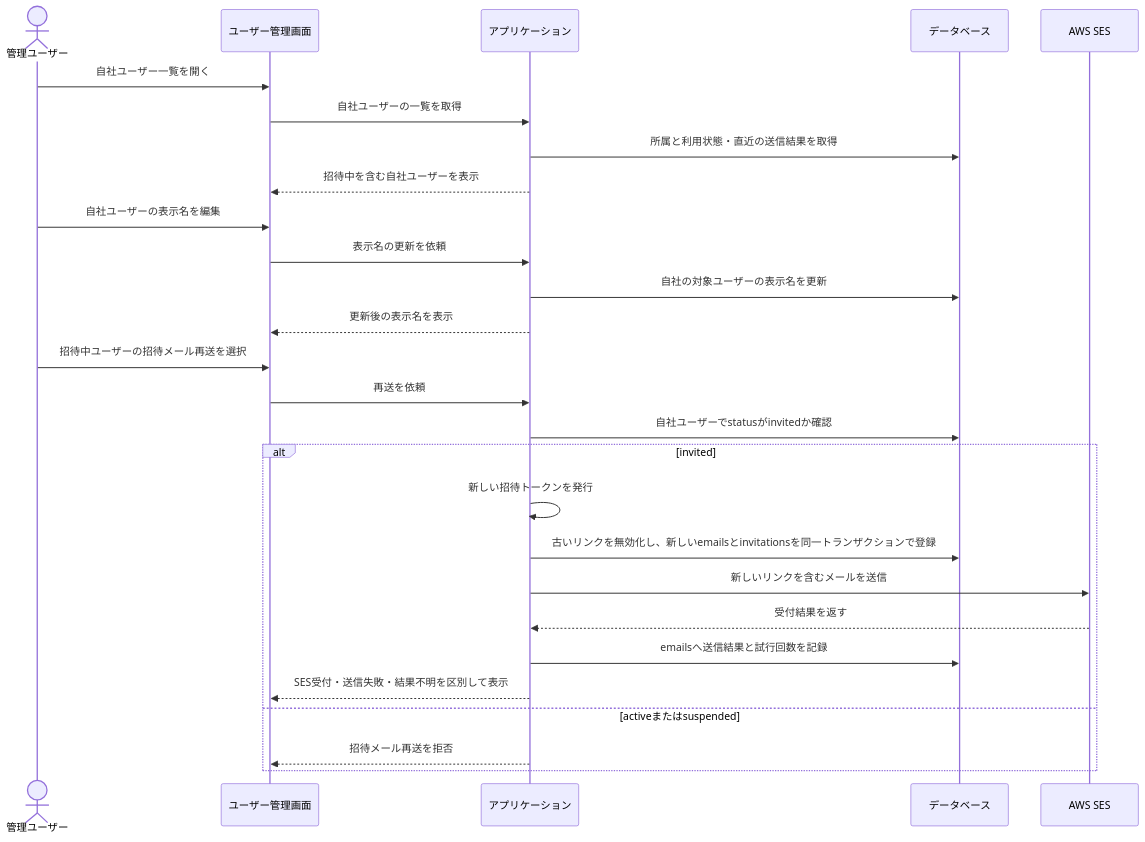
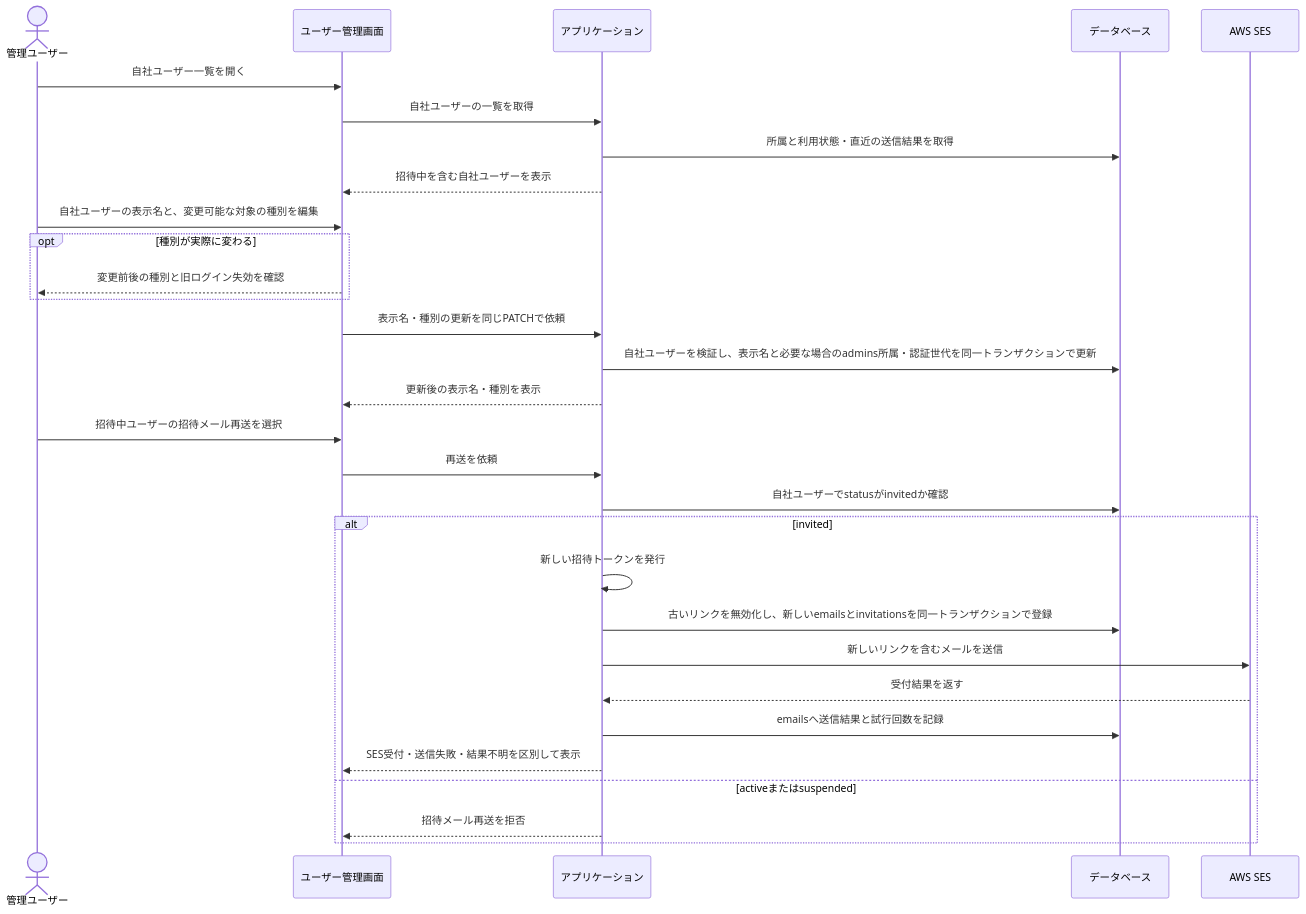
One commit to nishimura-yuma77/hiromeru changed the seventh of 8 diagrams in docs/v.0.1/USECASE.md. Above: the diagram before and after it, drawn with Mermaid. The commit also changed other lines of this file and 6 other files, not shown here.

````diff
--- a/docs/v.0.1/USECASE.md
+++ b/docs/v.0.1/USECASE.md
@@ -491,30 +491,33 @@
 ```mermaid
 sequenceDiagram
     actor Admin as 管理ユーザー
     participant UI as ユーザー管理画面
     participant App as アプリケーション
     participant DB as データベース
     participant SES as AWS SES
 
     Admin->>UI: 自社ユーザー一覧を開く
     UI->>App: 自社ユーザーの一覧を取得
     App->>DB: 所属と利用状態・直近の送信結果を取得
     App-->>UI: 招待中を含む自社ユーザーを表示
-    Admin->>UI: 自社ユーザーの表示名を編集
-    UI->>App: 表示名の更新を依頼
-    App->>DB: 自社の対象ユーザーの表示名を更新
-    App-->>UI: 更新後の表示名を表示
+    Admin->>UI: 自社ユーザーの表示名と、変更可能な対象の種別を編集
+    opt 種別が実際に変わる
+        UI-->>Admin: 変更前後の種別と旧ログイン失効を確認
+    end
+    UI->>App: 表示名・種別の更新を同じPATCHで依頼
+    App->>DB: 自社ユーザーを検証し、表示名と必要な場合のadmins所属・認証世代を同一トランザクションで更新
+    App-->>UI: 更新後の表示名・種別を表示
     Admin->>UI: 招待中ユーザーの招待メール再送を選択
     UI->>App: 再送を依頼
     App->>DB: 自社ユーザーでstatusがinvitedか確認
     alt invited
         App->>App: 新しい招待トークンを発行
         App->>DB: 古いリンクを無効化し、新しいemailsとinvitationsを同一トランザクションで登録
         App->>SES: 新しいリンクを含むメールを送信
         SES-->>App: 受付結果を返す
         App->>DB: emailsへ送信結果と試行回数を記録
         App-->>UI: SES受付・送信失敗・結果不明を区別して表示
     else activeまたはsuspended
         App-->>UI: 招待メール再送を拒否
     end
 ```
````
